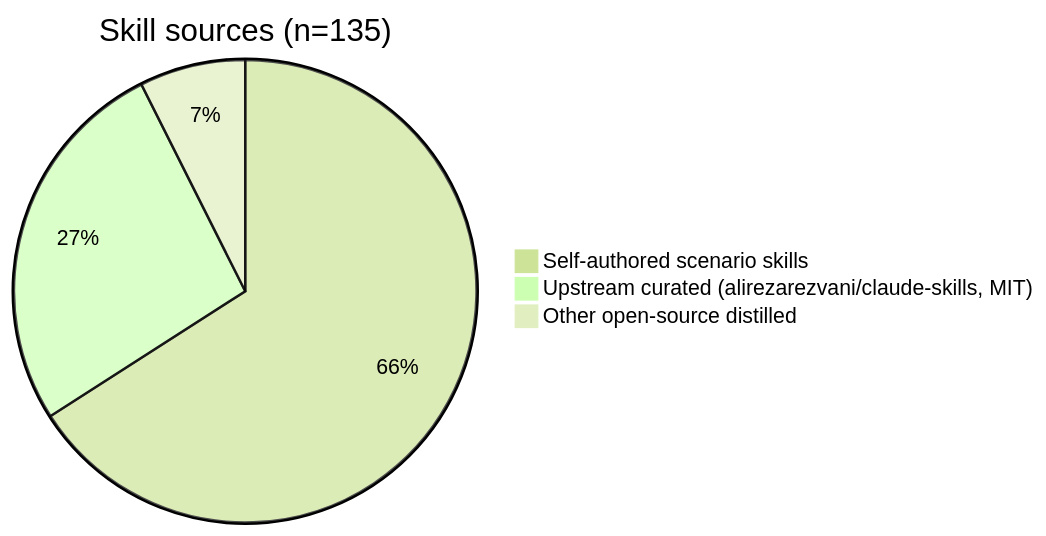
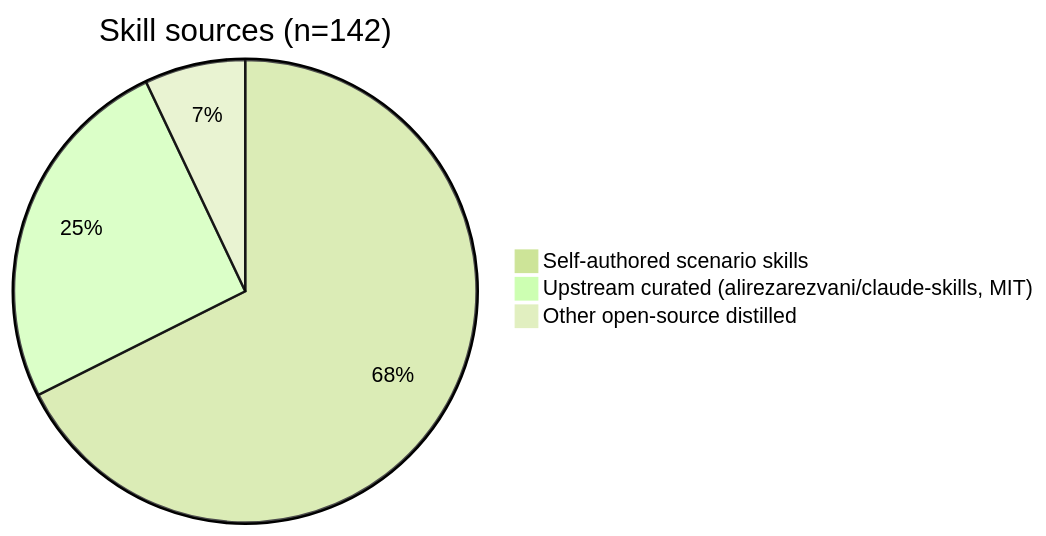
The second of 3 diagrams in README.md (Morningstar202604/awesome-skillkit), drawn with Mermaid (forest theme) before and after one commit. The commit also changed other lines of this file and 13 other files, not shown here.

````diff
--- a/README.md
+++ b/README.md
@@ -44,6 +44,6 @@
 ```mermaid
-pie title Skill sources (n=135)
-    "Self-authored scenario skills" : 89
+pie title Skill sources (n=142)
+    "Self-authored scenario skills" : 96
     "Upstream curated (alirezarezvani/claude-skills, MIT)" : 36
     "Other open-source distilled" : 10
 ```
````
